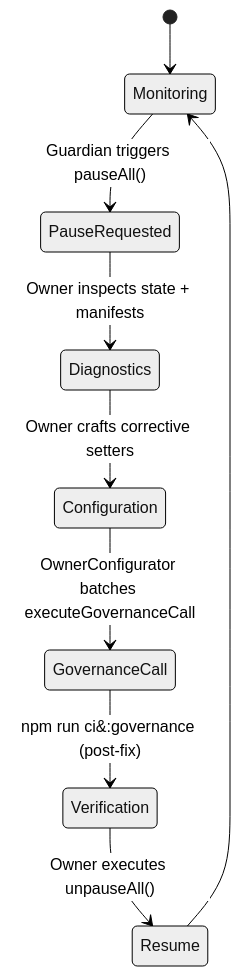
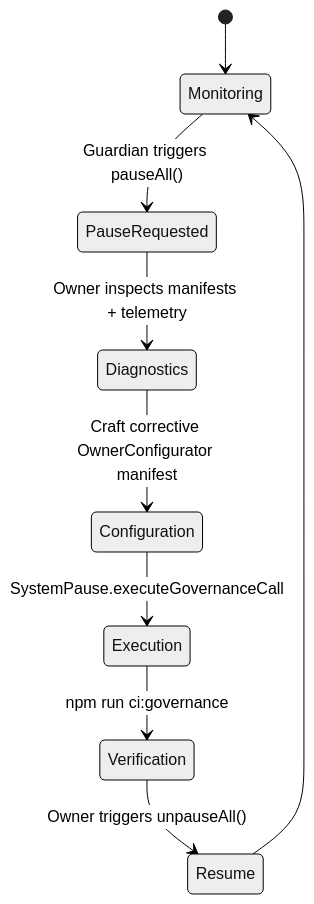
The fourth of 4 diagrams in deploy/README.md (MontrealAI/agijobs-sovereign-labor-v0p1), drawn with Mermaid (neutral theme) before and after one commit. The commit also changed other lines of this file and 7 other files, not shown here.

````diff
--- a/deploy/README.md
+++ b/deploy/README.md
@@ -995,11 +249,11 @@
 ```mermaid
 stateDiagram-v2
     [*] --> Monitoring
     Monitoring --> PauseRequested: Guardian triggers pauseAll()
-    PauseRequested --> Diagnostics: Owner inspects state + manifests
-    Diagnostics --> Configuration: Owner crafts corrective setters
-    Configuration --> GovernanceCall: OwnerConfigurator batches executeGovernanceCall
-    GovernanceCall --> Verification: npm run ci&#58;governance (post-fix)
-    Verification --> Resume: Owner executes unpauseAll()
+    PauseRequested --> Diagnostics: Owner inspects manifests + telemetry
+    Diagnostics --> Configuration: Craft corrective OwnerConfigurator manifest
+    Configuration --> Execution: SystemPause.executeGovernanceCall
+    Execution --> Verification: npm run ci:governance
+    Verification --> Resume: Owner triggers unpauseAll()
     Resume --> Monitoring
 ```
````
